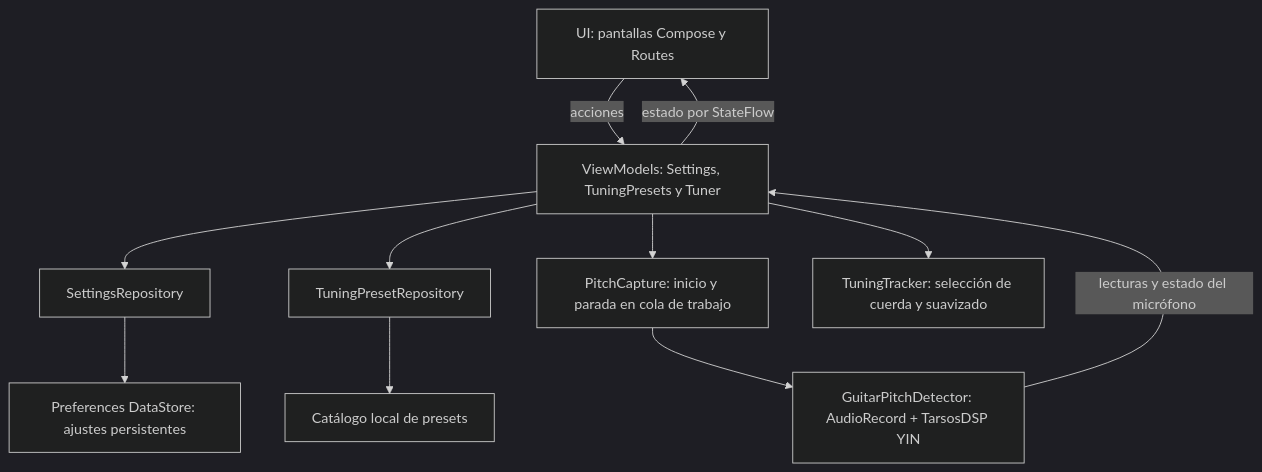
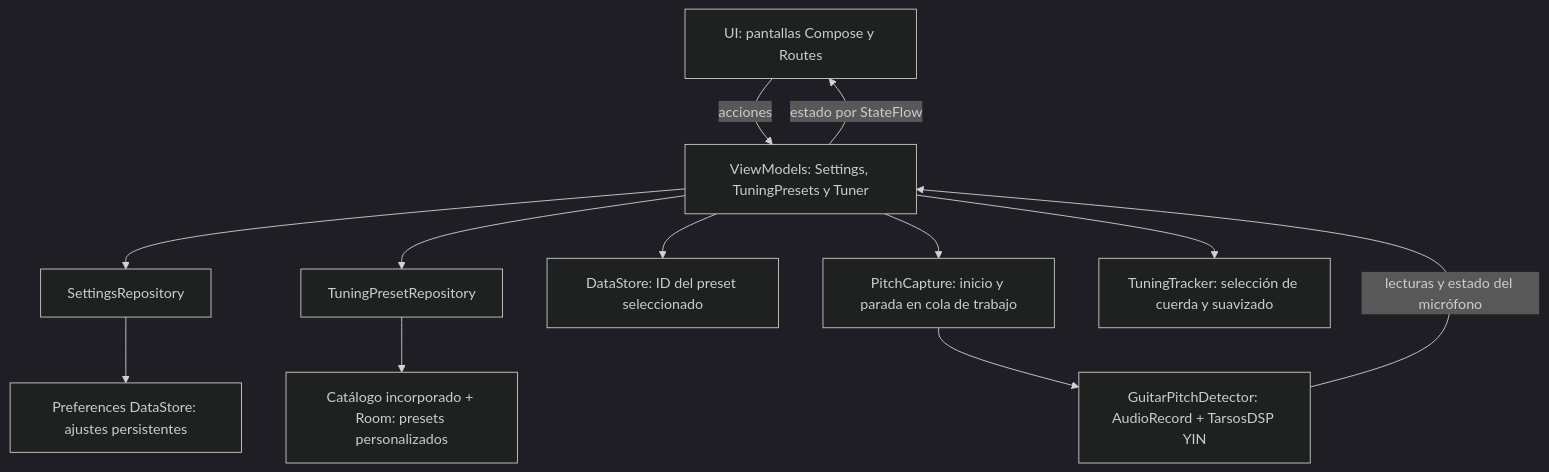
One commit to ChenBrian833/moviles_proyecto changed the diagram in README.md. Above: the diagram before and after it, drawn with Mermaid (dark theme). The commit also changed other lines of this file, not shown here.

Commit message:
Documenta el uso y las verificaciones de presets personalizados

````diff
--- a/README.md
+++ b/README.md
@@ -82,13 +85,14 @@
 ```mermaid
 flowchart TD
     UI["UI: pantallas Compose y Routes"] -->|acciones| VM["ViewModels: Settings, TuningPresets y Tuner"]
     VM -->|"estado por StateFlow"| UI
     VM --> SettingsRepo["SettingsRepository"]
     SettingsRepo --> DataStore["Preferences DataStore: ajustes persistentes"]
     VM --> PresetRepo["TuningPresetRepository"]
-    PresetRepo --> Catalog["Catálogo local de presets"]
+    PresetRepo --> Catalog["Catálogo incorporado + Room: presets personalizados"]
+    VM --> Selection["DataStore: ID del preset seleccionado"]
     VM --> Capture["PitchCapture: inicio y parada en cola de trabajo"]
     Capture --> Detector["GuitarPitchDetector: AudioRecord + TarsosDSP YIN"]
     Detector -->|"lecturas y estado del micrófono"| VM
     VM --> Tracker["TuningTracker: selección de cuerda y suavizado"]
 ```
````
